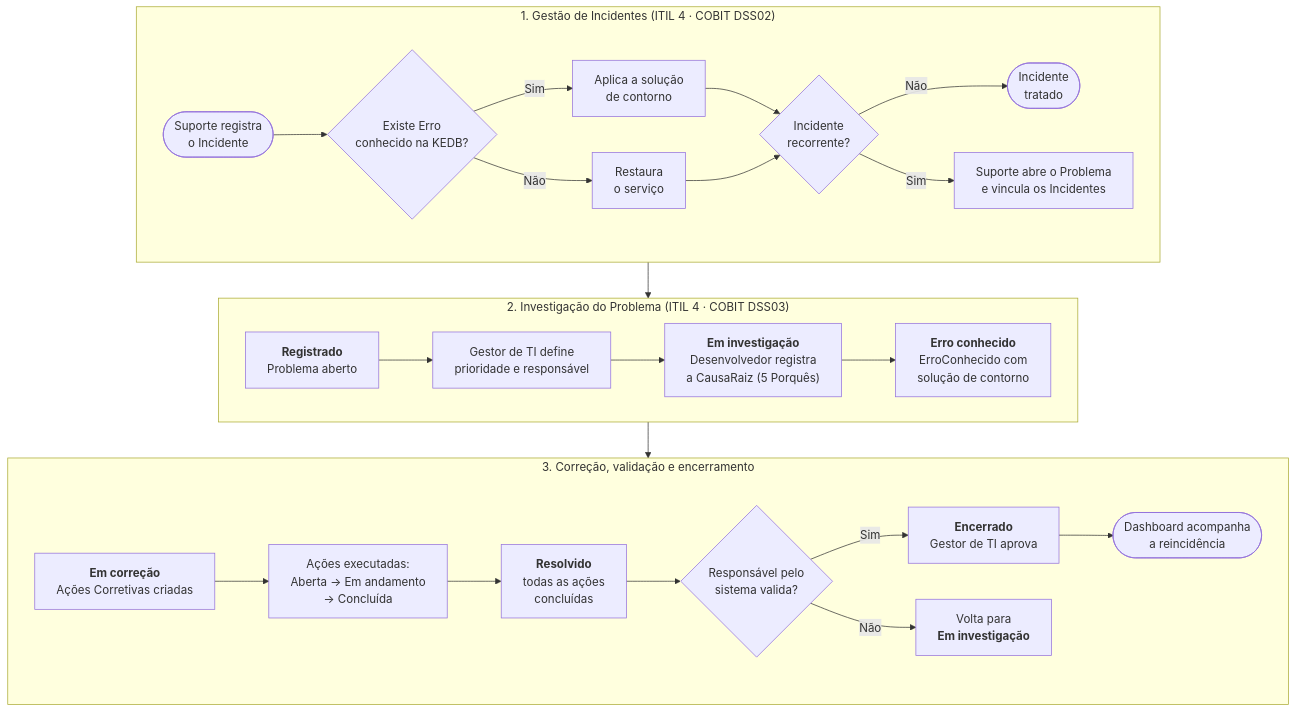
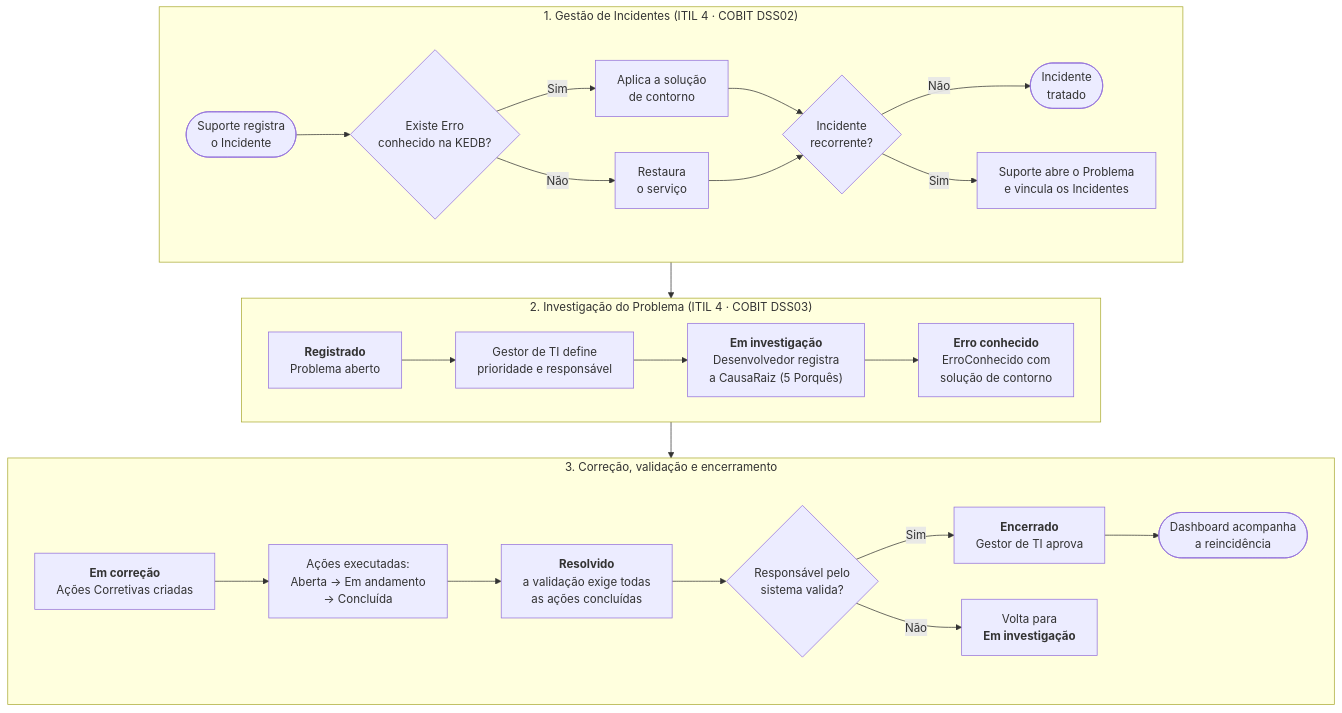
Before and after one commit to pcsdv0/governanca-ti-grupo7-gestao-problemas: the diagram in docs/diagramas/fluxo.mmd, drawn with Mermaid. The commit also changed 8 other files, not shown here.

First line of the commit message:
fix(auditoria): contagem de ocorrências no detalhe (RF12) e diagramas alinhados ao sistema

```diff
--- a/docs/diagramas/fluxo.mmd
+++ b/docs/diagramas/fluxo.mmd
@@ -1,28 +1,28 @@
 flowchart TB
     subgraph R1["1. Gestão de Incidentes (ITIL 4 · COBIT DSS02)"]
         direction LR
         A([Suporte registra<br/>o Incidente]) --> B{Existe Erro<br/>conhecido na KEDB?}
         B -- Sim --> C[Aplica a solução<br/>de contorno]
         B -- Não --> D[Restaura<br/>o serviço]
         C --> E{Incidente<br/>recorrente?}
         D --> E
         E -- Não --> F([Incidente<br/>tratado])
         E -- Sim --> X[Suporte abre o Problema<br/>e vincula os Incidentes]
     end
     subgraph R2["2. Investigação do Problema (ITIL 4 · COBIT DSS03)"]
         direction LR
         G["<b>Registrado</b><br/>Problema aberto"] --> H[Gestor de TI define<br/>prioridade e responsável]
         H --> I["<b>Em investigação</b><br/>Desenvolvedor registra<br/>a CausaRaiz (5 Porquês)"]
         I --> J["<b>Erro conhecido</b><br/>ErroConhecido com<br/>solução de contorno"]
     end
     subgraph R3["3. Correção, validação e encerramento"]
         direction LR
         K["<b>Em correção</b><br/>Ações Corretivas criadas"] --> L[Ações executadas:<br/>Aberta → Em andamento<br/>→ Concluída]
-        L --> M["<b>Resolvido</b><br/>todas as ações<br/>concluídas"]
+        L --> M["<b>Resolvido</b><br/>a validação exige todas<br/>as ações concluídas"]
         M --> N{Responsável pelo<br/>sistema valida?}
         N -- Sim --> O["<b>Encerrado</b><br/>Gestor de TI aprova"]
         N -- Não --> Q[Volta para<br/><b>Em investigação</b>]
         O --> P([Dashboard acompanha<br/>a reincidência])
     end
     R1 --> R2
     R2 --> R3
```
